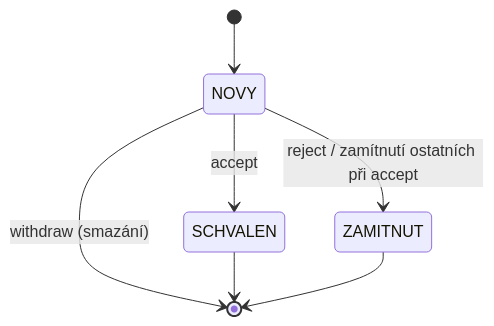
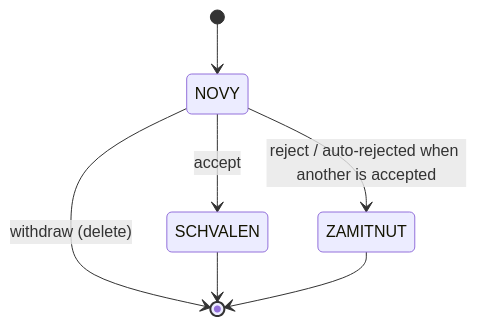
One commit to mirovisus/zahrada_backend changed the third of 3 diagrams in docs/TECHNICKA_DOKUMENTACE.md. Above: the diagram before and after it, drawn with Mermaid. The commit also changed other lines of this file and 1 other file, not shown here.

````diff
--- a/docs/TECHNICKA_DOKUMENTACE.md
+++ b/docs/TECHNICKA_DOKUMENTACE.md
@@ -126,9 +129,9 @@
 ```mermaid
 stateDiagram-v2
     [*] --> NOVY
     NOVY --> SCHVALEN : accept
-    NOVY --> ZAMITNUT : reject / zamítnutí ostatních při accept
-    NOVY --> [*] : withdraw (smazání)
+    NOVY --> ZAMITNUT : reject / auto-rejected when another is accepted
+    NOVY --> [*] : withdraw (delete)
     SCHVALEN --> [*]
     ZAMITNUT --> [*]
 ```
````
